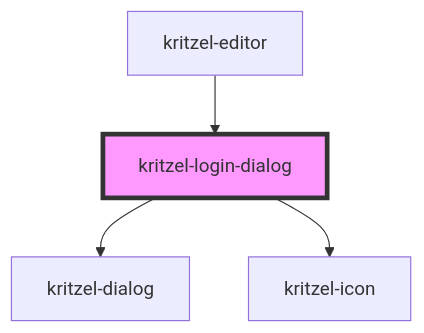
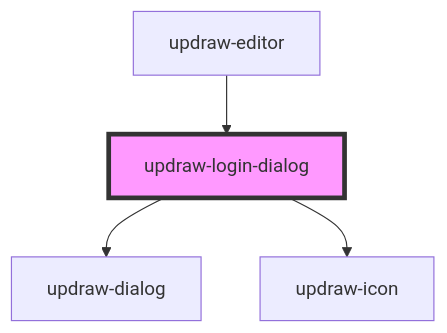
The diagram in libs/editor/core/src/components/updraw-login-dialog/readme.md (kasual1/kritzel), drawn with Mermaid before and after one commit. The commit also changed other lines of this file and 1129 other files, not shown here.

First line of the commit message:
Replace kritzel with updraw across the codebase

````diff
--- a/libs/editor/core/src/components/updraw-login-dialog/readme.md
+++ b/libs/editor/core/src/components/updraw-login-dialog/readme.md
@@ -82,7 +82,7 @@
 ```mermaid
 graph TD;
-  kritzel-login-dialog --> kritzel-dialog
-  kritzel-login-dialog --> kritzel-icon
-  kritzel-editor --> kritzel-login-dialog
-  style kritzel-login-dialog fill:#f9f,stroke:#333,stroke-width:4px
+  updraw-login-dialog --> updraw-dialog
+  updraw-login-dialog --> updraw-icon
+  updraw-editor --> updraw-login-dialog
+  style updraw-login-dialog fill:#f9f,stroke:#333,stroke-width:4px
 ```
````
